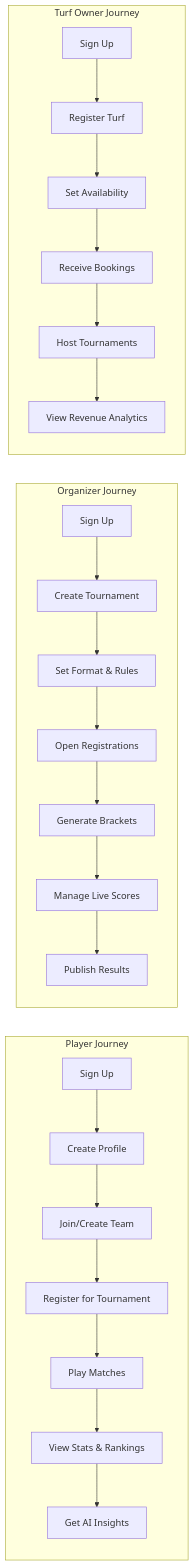
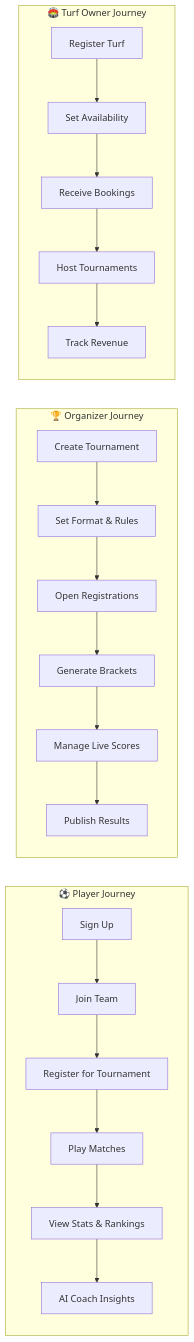
Before and after one commit to dineshrajdhanapathyDD/TurfArena: the fourth of 5 diagrams in README.md, drawn with Mermaid. The commit also changed other lines of this file and 68 other files, not shown here.

````diff
--- a/README.md
+++ b/README.md
@@ -401,28 +241,25 @@
 ```mermaid
 flowchart LR
-    subgraph Player Journey
-        P1[Sign Up] --> P2[Create Profile]
-        P2 --> P3[Join/Create Team]
-        P3 --> P4[Register for Tournament]
-        P4 --> P5[Play Matches]
-        P5 --> P6[View Stats & Rankings]
-        P6 --> P7[Get AI Insights]
+    subgraph Player["⚽ Player Journey"]
+        P1[Sign Up] --> P2[Join Team]
+        P2 --> P3[Register for Tournament]
+        P3 --> P4[Play Matches]
+        P4 --> P5[View Stats & Rankings]
+        P5 --> P6[AI Coach Insights]
     end
 
-    subgraph Organizer Journey
-        O1[Sign Up] --> O2[Create Tournament]
-        O2 --> O3[Set Format & Rules]
-        O3 --> O4[Open Registrations]
-        O4 --> O5[Generate Brackets]
-        O5 --> O6[Manage Live Scores]
-        O6 --> O7[Publish Results]
+    subgraph Organizer["🏆 Organizer Journey"]
+        O1[Create Tournament] --> O2[Set Format & Rules]
+        O2 --> O3[Open Registrations]
+        O3 --> O4[Generate Brackets]
+        O4 --> O5[Manage Live Scores]
+        O5 --> O6[Publish Results]
     end
 
-    subgraph Turf Owner Journey
-        T1[Sign Up] --> T2[Register Turf]
-        T2 --> T3[Set Availability]
-        T3 --> T4[Receive Bookings]
-        T4 --> T5[Host Tournaments]
-        T5 --> T6[View Revenue Analytics]
+    subgraph Owner["🏟️ Turf Owner Journey"]
+        T1[Register Turf] --> T2[Set Availability]
+        T2 --> T3[Receive Bookings]
+        T3 --> T4[Host Tournaments]
+        T4 --> T5[Track Revenue]
     end
 ```
````
